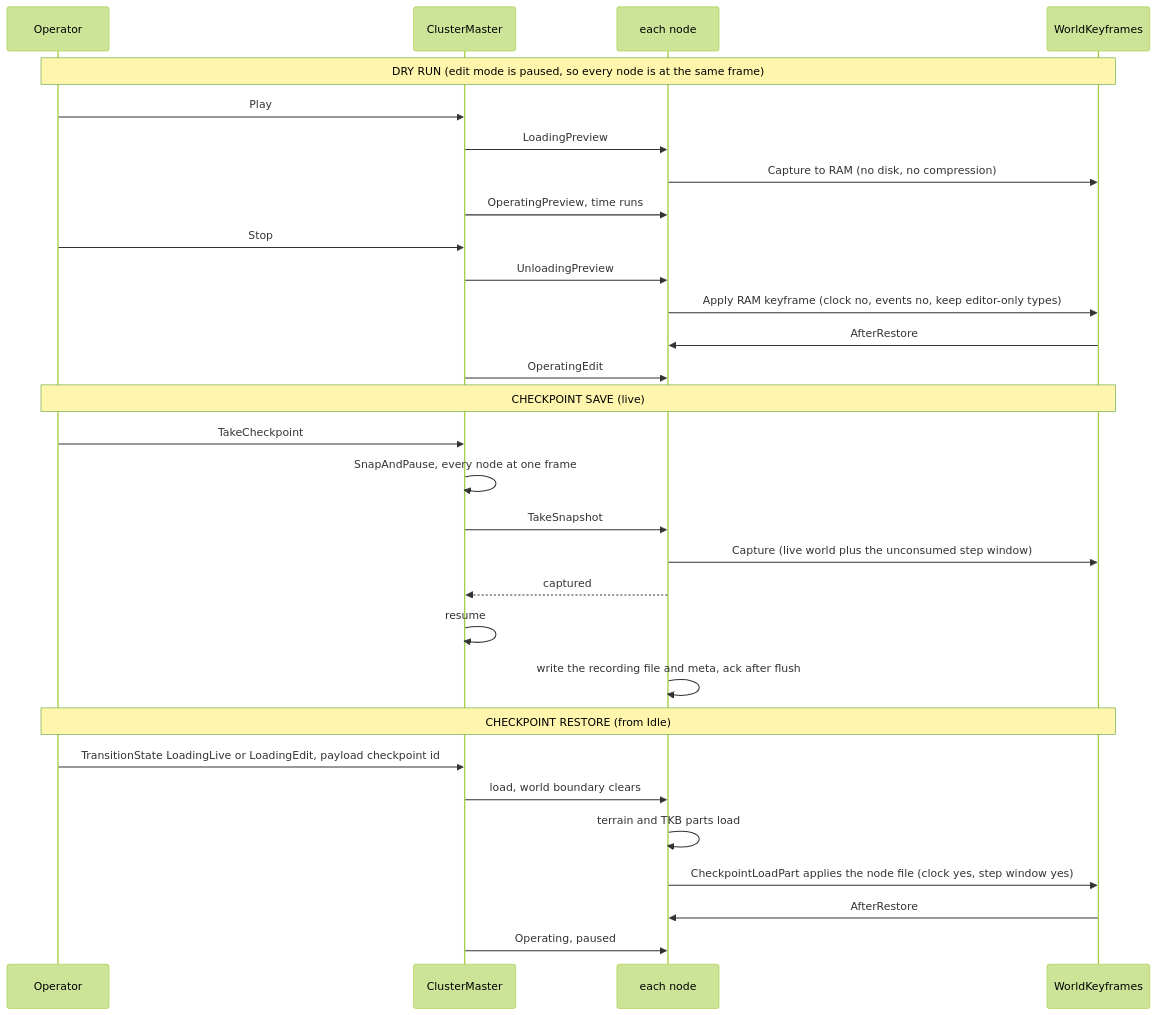
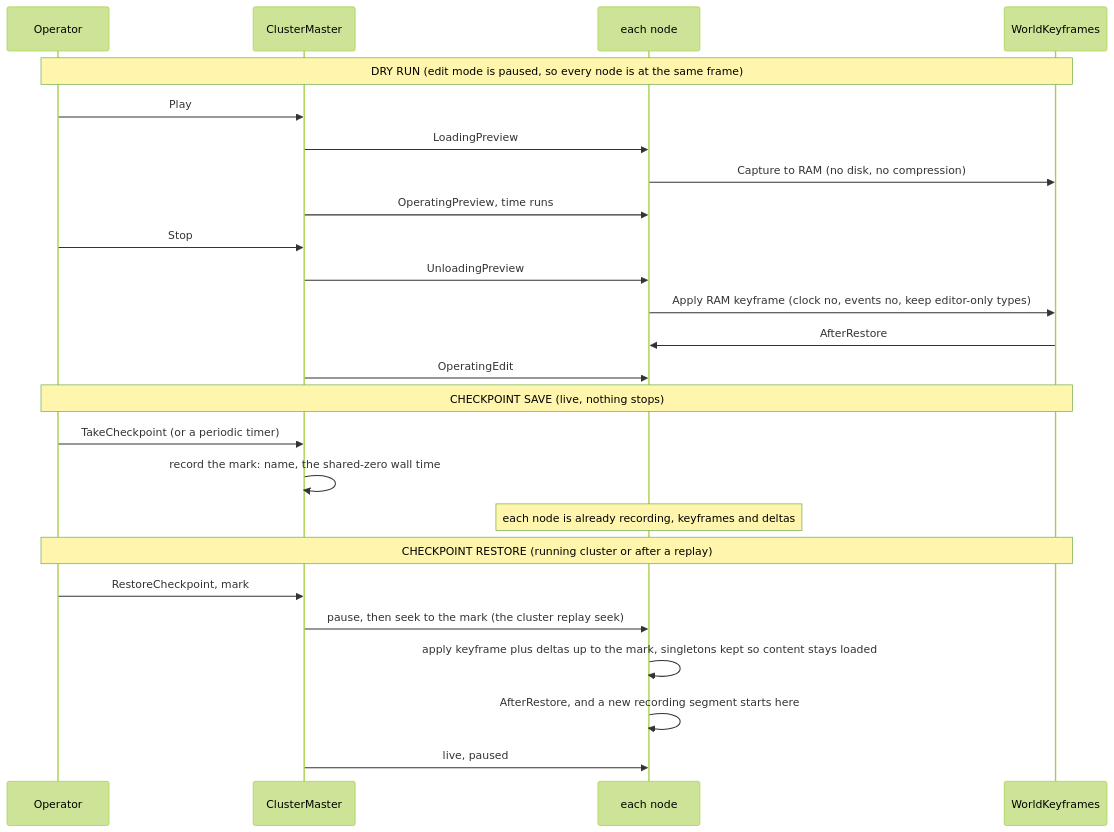
The third of 3 diagrams in docs/DESIGN_Checkpoint_And_Dry_Run_Restore.md (pjanec/HROT), drawn with Mermaid (forest theme) before and after one commit. The commit also changed other lines of this file and 3 other files, not shown here.

First line of the commit message:
R-3042/R-3043: a checkpoint is a mark in the running recording; a restore is a seek that keeps what is loaded

````diff
--- a/docs/DESIGN_Checkpoint_And_Dry_Run_Restore.md
+++ b/docs/DESIGN_Checkpoint_And_Dry_Run_Restore.md
@@ -159,32 +169,27 @@
 ```mermaid
 sequenceDiagram
   participant Op as Operator
   participant M as ClusterMaster
   participant N as each node
   participant W as WorldKeyframes
   Note over Op,W: DRY RUN (edit mode is paused, so every node is at the same frame)
   Op->>M: Play
   M->>N: LoadingPreview
   N->>W: Capture to RAM (no disk, no compression)
   M->>N: OperatingPreview, time runs
   Op->>M: Stop
   M->>N: UnloadingPreview
   N->>W: Apply RAM keyframe (clock no, events no, keep editor-only types)
   W->>N: AfterRestore
   M->>N: OperatingEdit
-  Note over Op,W: CHECKPOINT SAVE (live)
-  Op->>M: TakeCheckpoint
-  M->>M: SnapAndPause, every node at one frame
-  M->>N: TakeSnapshot
-  N->>W: Capture (live world plus the unconsumed step window)
-  N-->>M: captured
-  M->>M: resume
-  N->>N: write the recording file and meta, ack after flush
-  Note over Op,W: CHECKPOINT RESTORE (from Idle)
-  Op->>M: TransitionState LoadingLive or LoadingEdit, payload checkpoint id
-  M->>N: load, world boundary clears
-  N->>N: terrain and TKB parts load
-  N->>W: CheckpointLoadPart applies the node file (clock yes, step window yes)
-  W->>N: AfterRestore
-  M->>N: Operating, paused
+  Note over Op,W: CHECKPOINT SAVE (live, nothing stops)
+  Op->>M: TakeCheckpoint (or a periodic timer)
+  M->>M: record the mark: name, the shared-zero wall time
+  Note over N: each node is already recording, keyframes and deltas
+  Note over Op,W: CHECKPOINT RESTORE (running cluster or after a replay)
+  Op->>M: RestoreCheckpoint, mark
+  M->>N: pause, then seek to the mark (the cluster replay seek)
+  N->>N: apply keyframe plus deltas up to the mark, singletons kept so content stays loaded
+  N->>N: AfterRestore, and a new recording segment starts here
+  M->>N: live, paused
 ```
````
